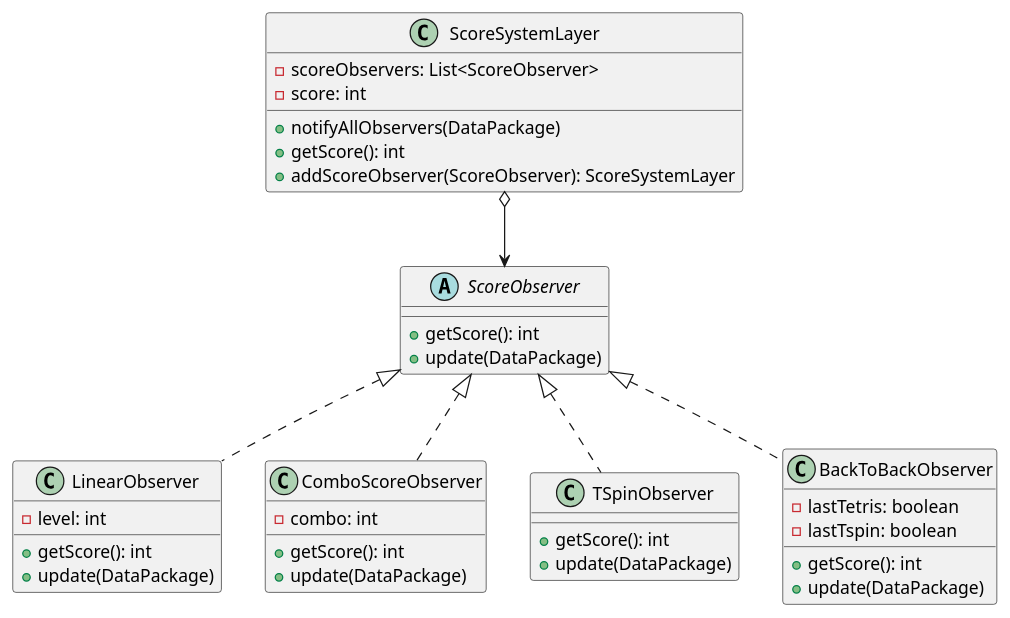
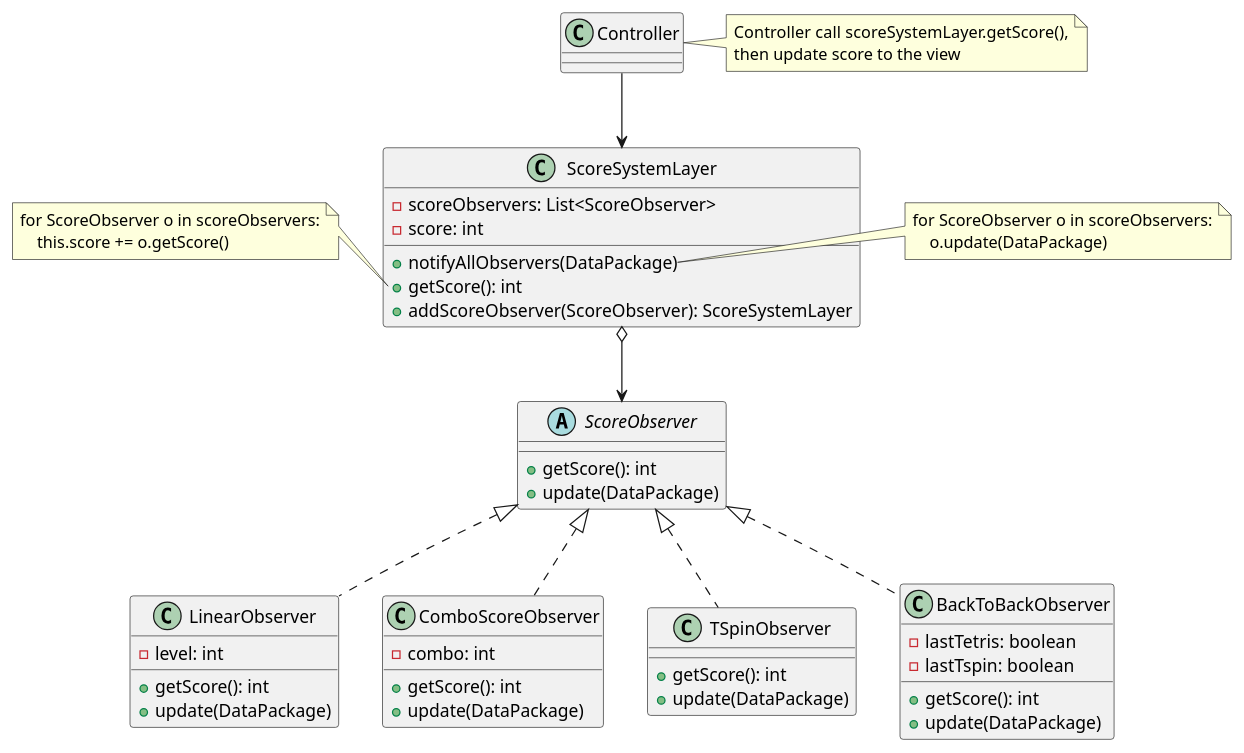
The diagram in docs/uml/score.puml (jimmy-zx/SAC), drawn with PlantUML before and after one commit. The commit also changed 2 other files, not shown here.

Commit message:
[docs] Updated uml

```diff
--- a/docs/uml/score.puml
+++ b/docs/uml/score.puml
@@ -1,46 +1,65 @@
 @startuml
 
 class ScoreSystemLayer {
 - scoreObservers: List<ScoreObserver>
 - score: int
 + notifyAllObservers(DataPackage)
 + getScore(): int
 + addScoreObserver(ScoreObserver): ScoreSystemLayer
 }
+
+note right of ScoreSystemLayer::notifyAllObservers
+for ScoreObserver o in scoreObservers:
+    o.update(DataPackage)
+end note
+
+note left of ScoreSystemLayer::getScore
+for ScoreObserver o in scoreObservers:
+    this.score += o.getScore()
+end note
 
 abstract ScoreObserver {
 + getScore(): int
 + update(DataPackage)
 }
 
 class LinearObserver {
 - level: int
 + getScore(): int
 + update(DataPackage)
 }
 
 class ComboScoreObserver {
 - combo: int
 + getScore(): int
 + update(DataPackage)
 }
 
 class TSpinObserver {
 + getScore(): int
 + update(DataPackage)
 }
 
 class BackToBackObserver {
 - lastTetris: boolean
 - lastTspin: boolean
 + getScore(): int
 + update(DataPackage)
 }
 
+class Controller {
+
+}
+
+note right of Controller
+Controller call scoreSystemLayer.getScore(),
+then update score to the view
+end note
+
 ScoreSystemLayer o--> ScoreObserver
 ScoreObserver <|.. LinearObserver
 ScoreObserver <|.. ComboScoreObserver
 ScoreObserver <|.. TSpinObserver
 ScoreObserver <|.. BackToBackObserver
-
+Controller --> ScoreSystemLayer
 @enduml
```
